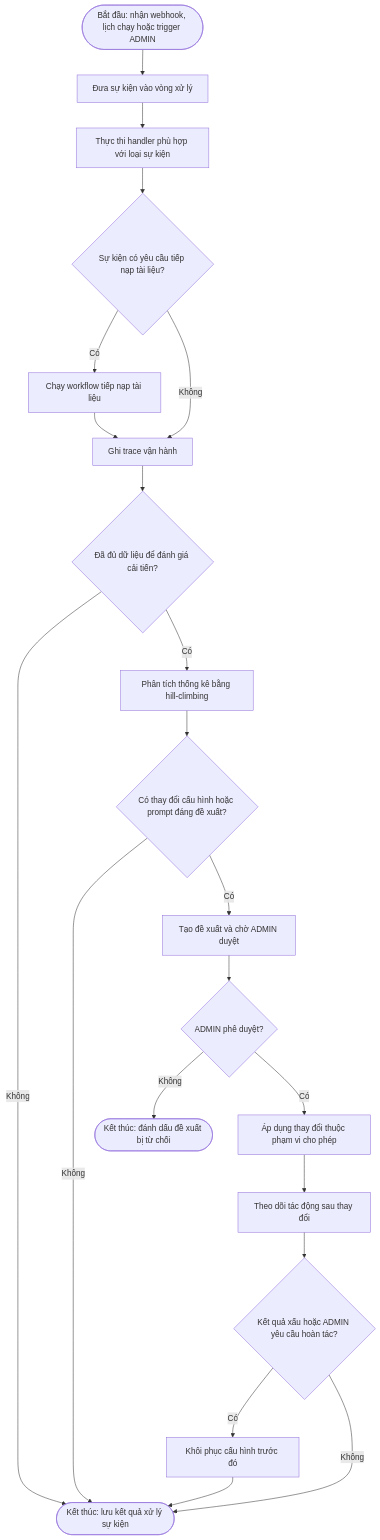
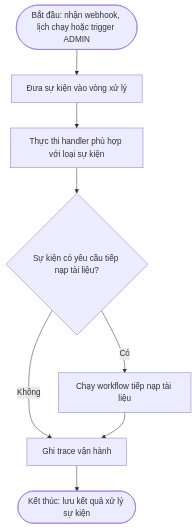
Before and after one commit to MinTruqday/dl: the ninth of 10 diagrams in agentic_ai_workflow_and_architecture_guide_3.md, drawn with Mermaid. The commit also changed other lines of this file and 363 other files, not shown here.

````diff
--- a/agentic_ai_workflow_and_architecture_guide_3.md
+++ b/agentic_ai_workflow_and_architecture_guide_3.md
@@ -261,23 +253,10 @@
 ```mermaid
 flowchart TD
     Start([Bắt đầu: nhận webhook, lịch chạy hoặc trigger ADMIN]) --> QueueEvent[Đưa sự kiện vào vòng xử lý]
     QueueEvent --> HandleEvent[Thực thi handler phù hợp với loại sự kiện]
     HandleEvent --> NeedIndex{Sự kiện có yêu cầu tiếp nạp tài liệu?}
     NeedIndex -->|Có| IngestDocument[Chạy workflow tiếp nạp tài liệu]
     NeedIndex -->|Không| RecordTrace[Ghi trace vận hành]
     IngestDocument --> RecordTrace
-    RecordTrace --> EnoughData{Đã đủ dữ liệu để đánh giá cải tiến?}
-    EnoughData -->|Không| End([Kết thúc: lưu kết quả xử lý sự kiện])
-    EnoughData -->|Có| AnalyzeMetrics[Phân tích thống kê bằng hill-climbing]
-    AnalyzeMetrics --> HasProposal{Có thay đổi cấu hình hoặc prompt đáng đề xuất?}
-    HasProposal -->|Không| End
-    HasProposal -->|Có| CreateProposal[Tạo đề xuất và chờ ADMIN duyệt]
-    CreateProposal --> Approved{ADMIN phê duyệt?}
-    Approved -->|Không| RejectProposal([Kết thúc: đánh dấu đề xuất bị từ chối])
-    Approved -->|Có| ApplyProposal[Áp dụng thay đổi thuộc phạm vi cho phép]
-    ApplyProposal --> ObserveImpact[Theo dõi tác động sau thay đổi]
-    ObserveImpact --> NeedRollback{Kết quả xấu hoặc ADMIN yêu cầu hoàn tác?}
-    NeedRollback -->|Có| RollbackChange[Khôi phục cấu hình trước đó]
-    NeedRollback -->|Không| End
-    RollbackChange --> End
+    RecordTrace --> End([Kết thúc: lưu kết quả xử lý sự kiện])
 ```
````
